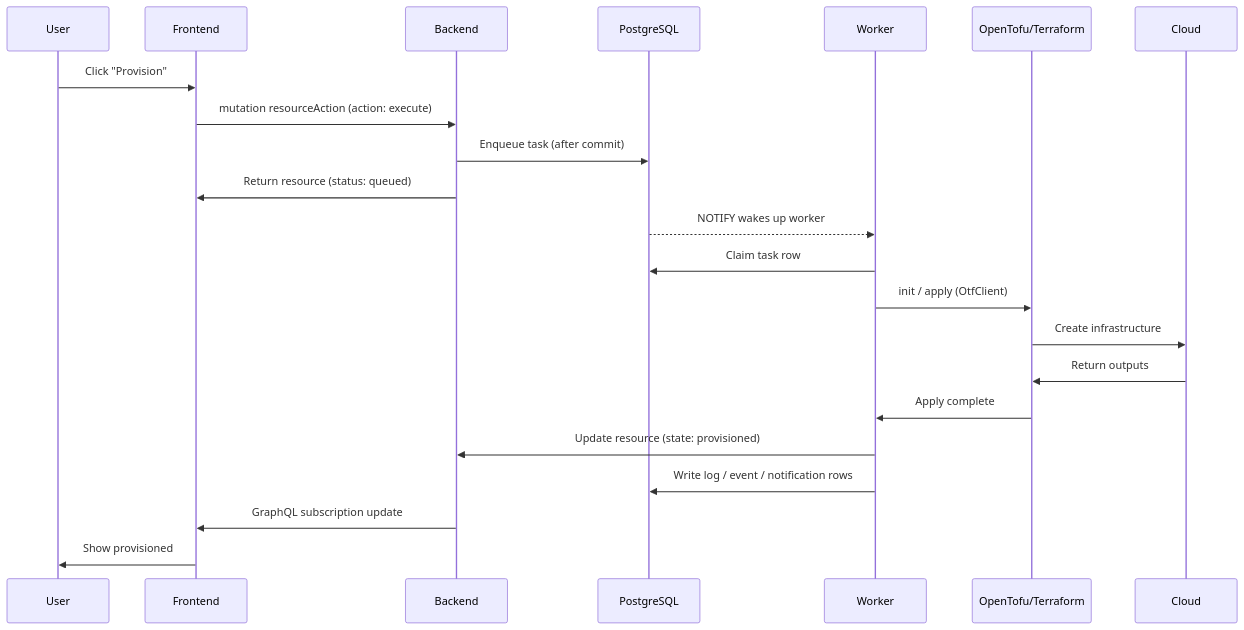
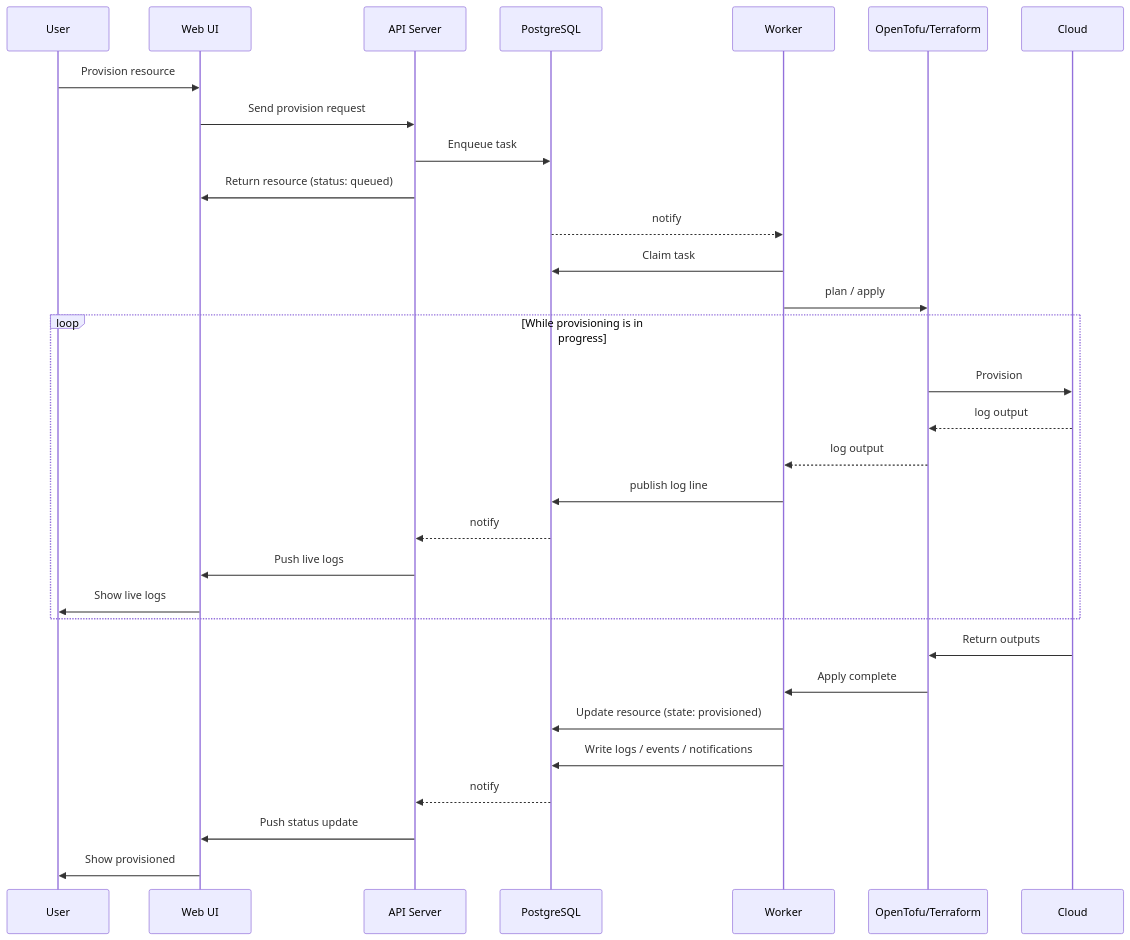
One commit to electrolux-oss/infrakitchen changed the third of 4 diagrams in docs/architecture.mdx. Above: the diagram before and after it, drawn with Mermaid. The commit also changed other lines of this file and 3 other files, not shown here.

````diff
--- a/docs/architecture.mdx
+++ b/docs/architecture.mdx
@@ -84,31 +130,42 @@
 ```mermaid
 ---
 config:
   themeVariables:
     fontFamily: "ui-sans-serif, system-ui, sans-serif"
 ---
 sequenceDiagram
     participant User
-    participant Frontend
-    participant Backend
+    participant Frontend as Web UI
+    participant APIServer as API Server
     participant Database as PostgreSQL
     participant Worker
     participant IaC as OpenTofu/Terraform
     participant Cloud
 
-    User->>Frontend: Click "Provision"
-    Frontend->>Backend: mutation resourceAction (action: execute)
-    Backend->>Database: Enqueue task (after commit)
-    Backend->>Frontend: Return resource (status: queued)
+    User->>Frontend: Provision resource
+    Frontend->>APIServer: Send provision request
+    APIServer->>Database: Enqueue task
+    APIServer->>Frontend: Return resource (status: queued)
 
-    Database-->>Worker: NOTIFY wakes up worker
-    Worker->>Database: Claim task row
-    Worker->>IaC: init / apply (OtfClient)
-    IaC->>Cloud: Create infrastructure
+    Database-->>Worker: notify
+    Worker->>Database: Claim task
+    Worker->>IaC: plan / apply
+
+    loop While provisioning is in progress
+        IaC->>Cloud: Provision
+        Cloud-->>IaC: log output
+        IaC-->>Worker: log output
+        Worker->>Database: publish log line
+        Database-->>APIServer: notify
+        APIServer->>Frontend: Push live logs
+        Frontend->>User: Show live logs
+    end
+
     Cloud->>IaC: Return outputs
     IaC->>Worker: Apply complete
-    Worker->>Backend: Update resource (state: provisioned)
-    Worker->>Database: Write log / event / notification rows
-    Backend->>Frontend: GraphQL subscription update
+    Worker->>Database: Update resource (state: provisioned)
+    Worker->>Database: Write logs / events / notifications
+    Database-->>APIServer: notify
+    APIServer->>Frontend: Push status update
     Frontend->>User: Show provisioned
 ```
````
